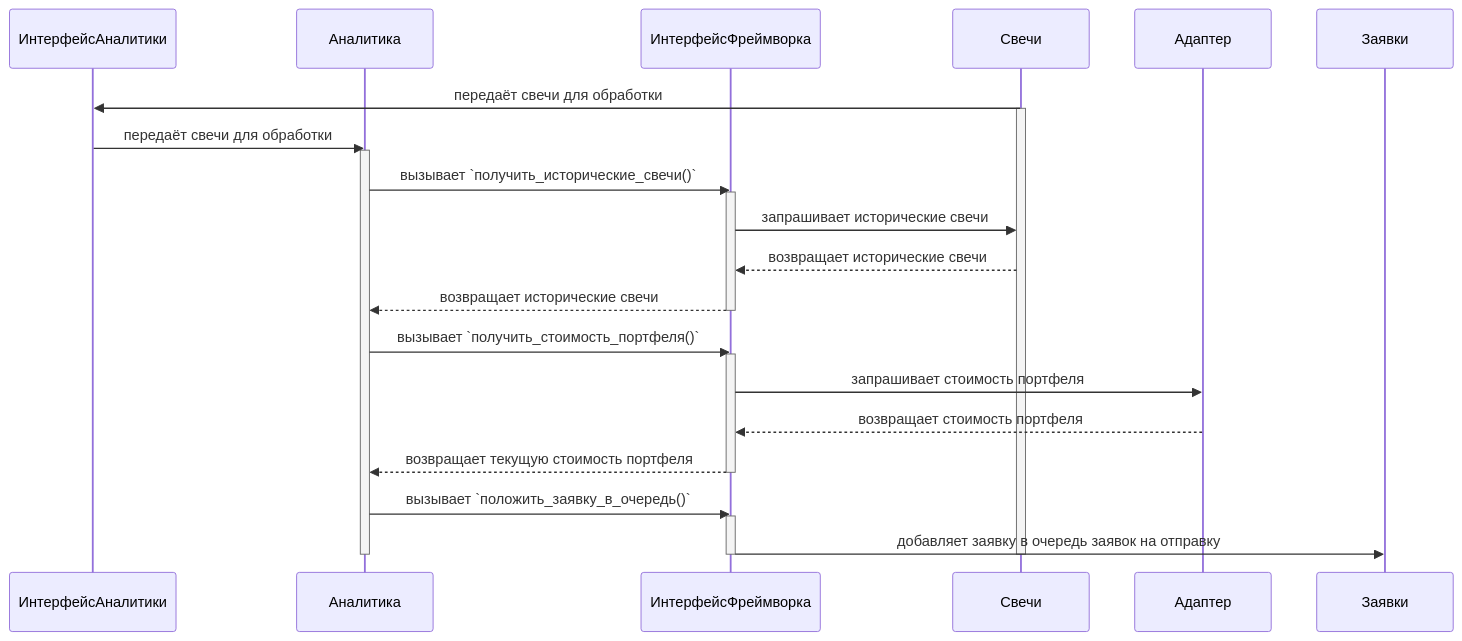
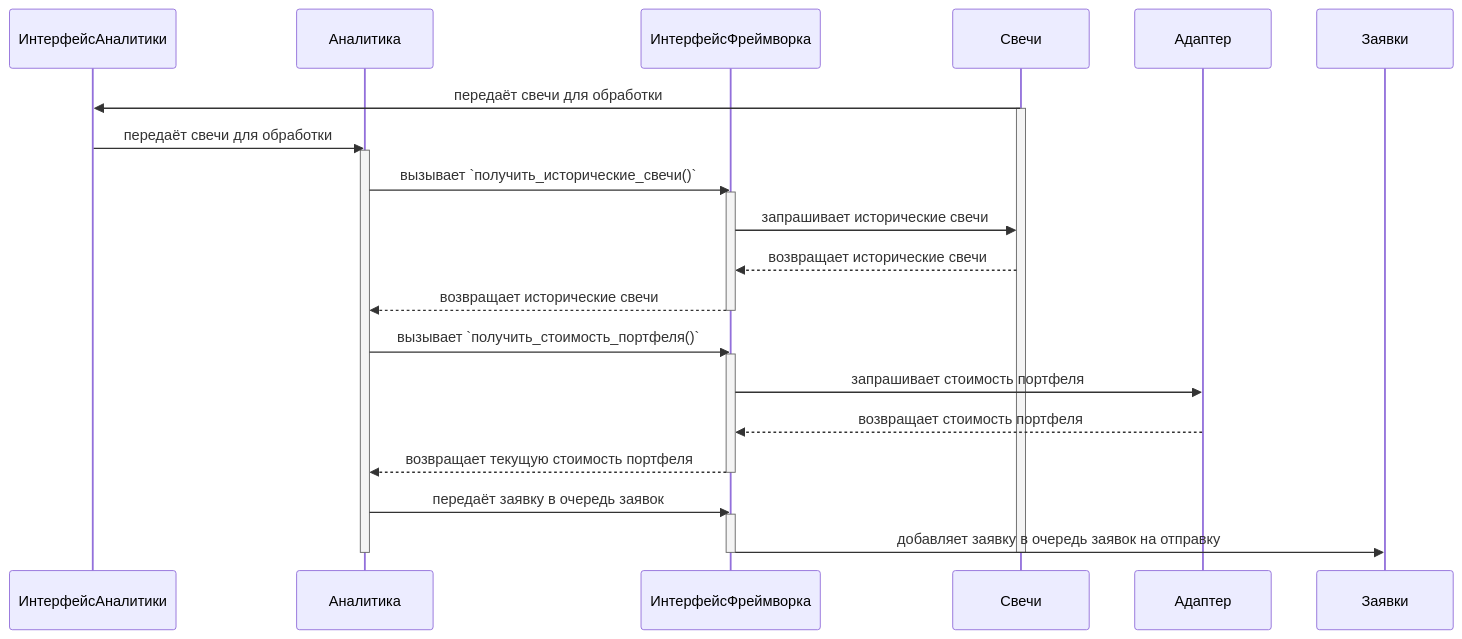
The seventh of 21 diagrams in robot-logic.md (Marat22/MiriadRobotDocs), drawn with Mermaid before and after one commit. The commit also changed other lines of this file, not shown here.

````diff
--- a/robot-logic.md
+++ b/robot-logic.md
@@ -163,32 +163,32 @@
 ```mermaid
 sequenceDiagram
     participant ИнтерфейсАналитики
     participant Аналитика
     participant ИнтерфейсФреймворка
     participant Свечи
     participant Адаптер
     participant Заявки
 
     Свечи->>ИнтерфейсАналитики: передаёт свечи для обработки
     activate Свечи
     ИнтерфейсАналитики->>Аналитика: передаёт свечи для обработки
     activate Аналитика
     Аналитика->>ИнтерфейсФреймворка: вызывает `получить_исторические_свечи()`
     activate ИнтерфейсФреймворка
     ИнтерфейсФреймворка->>Свечи: запрашивает исторические свечи
     Свечи-->>ИнтерфейсФреймворка: возвращает исторические свечи
     ИнтерфейсФреймворка-->>Аналитика: возвращает исторические свечи
     deactivate ИнтерфейсФреймворка
     Аналитика->>ИнтерфейсФреймворка: вызывает `получить_стоимость_портфеля()`
     activate ИнтерфейсФреймворка
     ИнтерфейсФреймворка->>Адаптер: запрашивает стоимость портфеля
     Адаптер-->>ИнтерфейсФреймворка: возвращает стоимость портфеля
     ИнтерфейсФреймворка-->>Аналитика: возвращает текущую стоимость портфеля
     deactivate ИнтерфейсФреймворка
-    Аналитика->>ИнтерфейсФреймворка: вызывает `положить_заявку_в_очередь()`
+    Аналитика->>ИнтерфейсФреймворка: передаёт заявку в очередь заявок
     activate ИнтерфейсФреймворка
     ИнтерфейсФреймворка->>Заявки: добавляет заявку в очередь заявок на отправку
     deactivate ИнтерфейсФреймворка
     deactivate Аналитика
     deactivate Свечи
 ```
````
